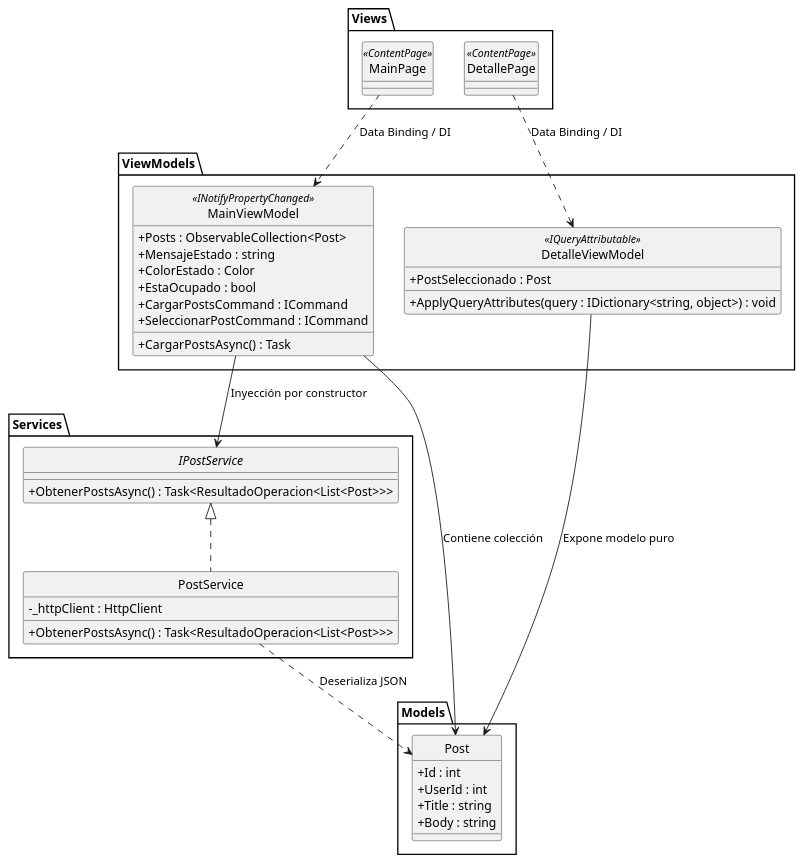
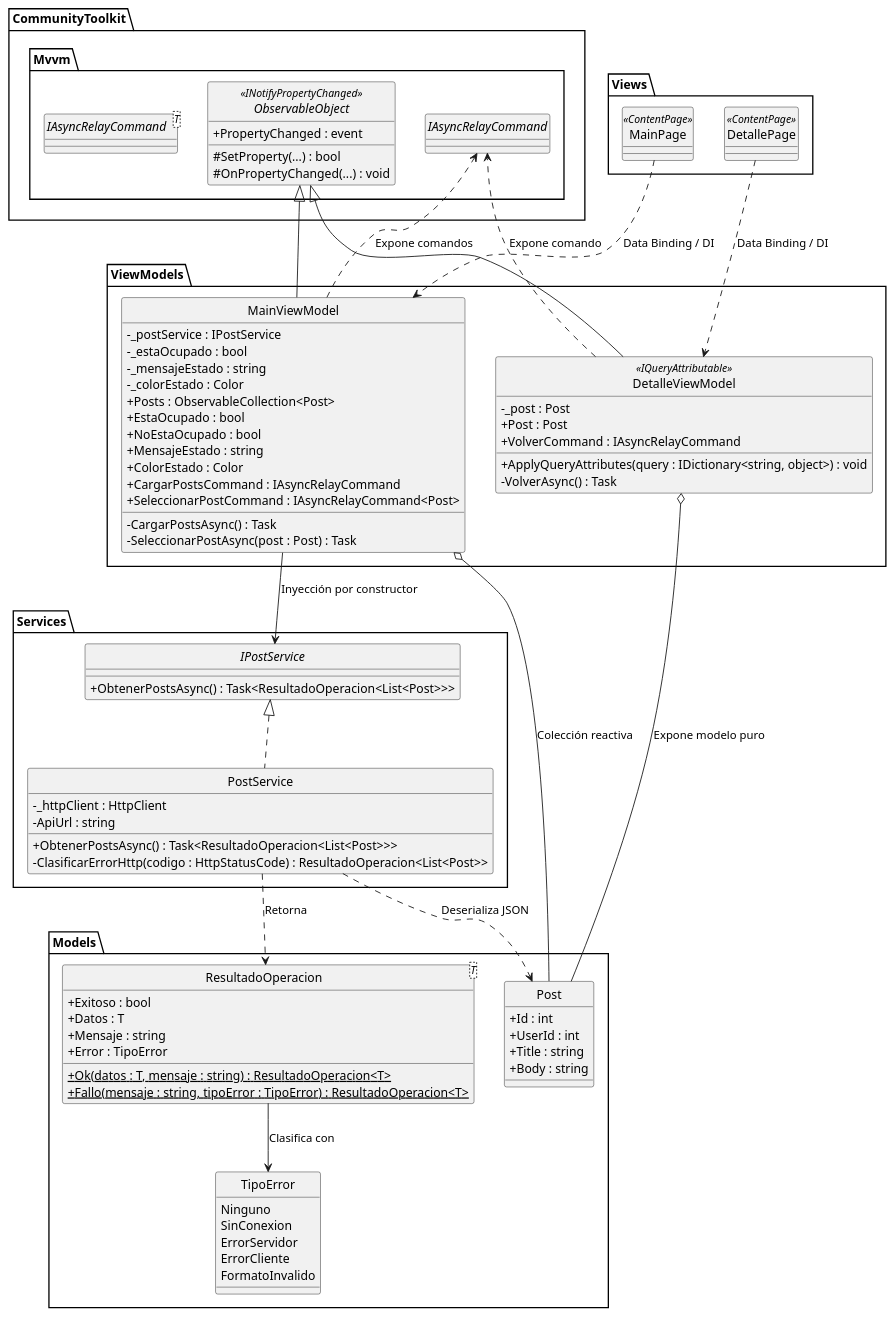
Before and after one commit to fioremos/UCES-DAMII-DevPosts-KalapujMosca: the diagram in docs/arquitectura.puml, drawn with PlantUML. The commit also changed 5 other files, not shown here.

Commit message:
docs: actualizar README y arquitectura explicada con diagramas PlantUML sincronizados al Toolkit

```diff
--- a/docs/arquitectura.puml
+++ b/docs/arquitectura.puml
@@ -1,52 +1,103 @@
 @startuml arquitectura_mvvm_di
 skinparam style strictuml
 skinparam classAttributeIconSize 0
+
+package "CommunityToolkit.Mvvm" {
+    abstract class ObservableObject << (C,#DDA0DD) INotifyPropertyChanged >> {
+        + PropertyChanged : event
+        # SetProperty(...) : bool
+        # OnPropertyChanged(...) : void
+    }
+    interface IAsyncRelayCommand
+    interface "IAsyncRelayCommand<T>" as IAsyncRelayCommandT
+}
 
 package "Views" {
     class MainPage << (C,#A9DCDF) ContentPage >>
     class DetallePage << (C,#A9DCDF) ContentPage >>
 }
 
 package "ViewModels" {
-    class MainViewModel << (C,#ADD1B2) INotifyPropertyChanged >> {
+    class MainViewModel {
+        - _postService : IPostService
+        - _estaOcupado : bool
+        - _mensajeEstado : string
+        - _colorEstado : Color
         + Posts : ObservableCollection<Post>
+        + EstaOcupado : bool
+        + NoEstaOcupado : bool
         + MensajeEstado : string
         + ColorEstado : Color
-        + EstaOcupado : bool
-        + CargarPostsCommand : ICommand
-        + SeleccionarPostCommand : ICommand
-        + CargarPostsAsync() : Task
+        + CargarPostsCommand : IAsyncRelayCommand
+        + SeleccionarPostCommand : IAsyncRelayCommand<Post>
+        - CargarPostsAsync() : Task
+        - SeleccionarPostAsync(post : Post) : Task
     }
 
     class DetalleViewModel << (C,#ADD1B2) IQueryAttributable >> {
-        + PostSeleccionado : Post
+        - _post : Post
+        + Post : Post
+        + VolverCommand : IAsyncRelayCommand
         + ApplyQueryAttributes(query : IDictionary<string, object>) : void
+        - VolverAsync() : Task
     }
 }
 
 package "Services" {
     interface IPostService {
         + ObtenerPostsAsync() : Task<ResultadoOperacion<List<Post>>>
     }
     class PostService implements IPostService {
         - _httpClient : HttpClient
+        - ApiUrl : string
         + ObtenerPostsAsync() : Task<ResultadoOperacion<List<Post>>>
+        - ClasificarErrorHttp(codigo : HttpStatusCode) : ResultadoOperacion<List<Post>>
     }
 }
 
 package "Models" {
     class Post {
         + Id : int
         + UserId : int
         + Title : string
         + Body : string
     }
+
+    class "ResultadoOperacion<T>" as ResultadoOperacion {
+        + Exitoso : bool
+        + Datos : T
+        + Mensaje : string
+        + Error : TipoError
+        + {static} Ok(datos : T, mensaje : string) : ResultadoOperacion<T>
+        + {static} Fallo(mensaje : string, tipoError : TipoError) : ResultadoOperacion<T>
+    }
+
+    enum TipoError {
+        Ninguno
+        SinConexion
+        ErrorServidor
+        ErrorCliente
+        FormatoInvalido
+    }
 }
 
+' Herencias de MVVM Toolkit
+ObservableObject <|-- MainViewModel
+ObservableObject <|-- DetalleViewModel
+
+' Vistas y Enlace de Datos
 MainPage ..> MainViewModel : Data Binding / DI
 DetallePage ..> DetalleViewModel : Data Binding / DI
+
+' Dependencias de ViewModels
 MainViewModel --> IPostService : Inyección por constructor
-MainViewModel --> Post : Contiene colección
-DetalleViewModel --> Post : Expone modelo puro
+MainViewModel o-- Post : Colección reactiva
+MainViewModel ..> IAsyncRelayCommand : Expone comandos
+DetalleViewModel o-- Post : Expone modelo puro
+DetalleViewModel ..> IAsyncRelayCommand : Expone comando
+
+' Capa de Servicio y Dominio
 PostService ..> Post : Deserializa JSON
+PostService ..> ResultadoOperacion : Retorna
+ResultadoOperacion --> TipoError : Clasifica con
 @enduml
```
